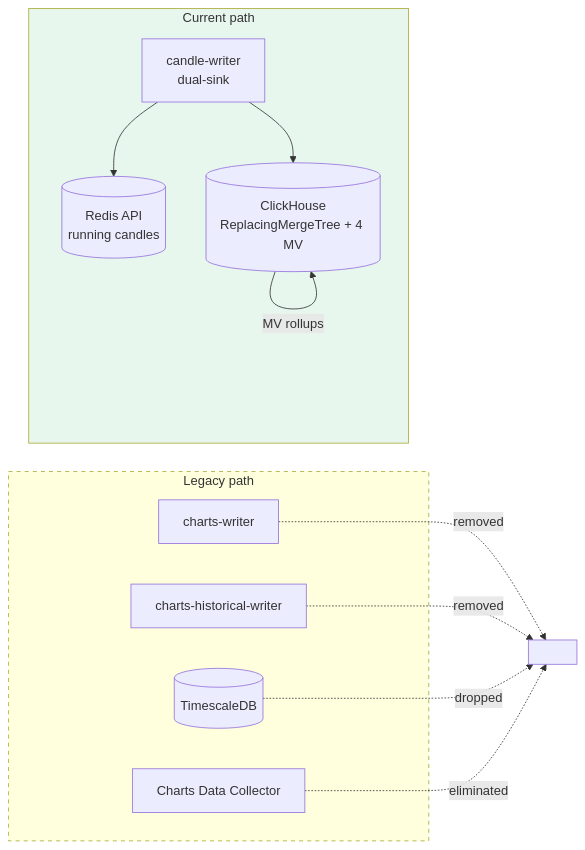
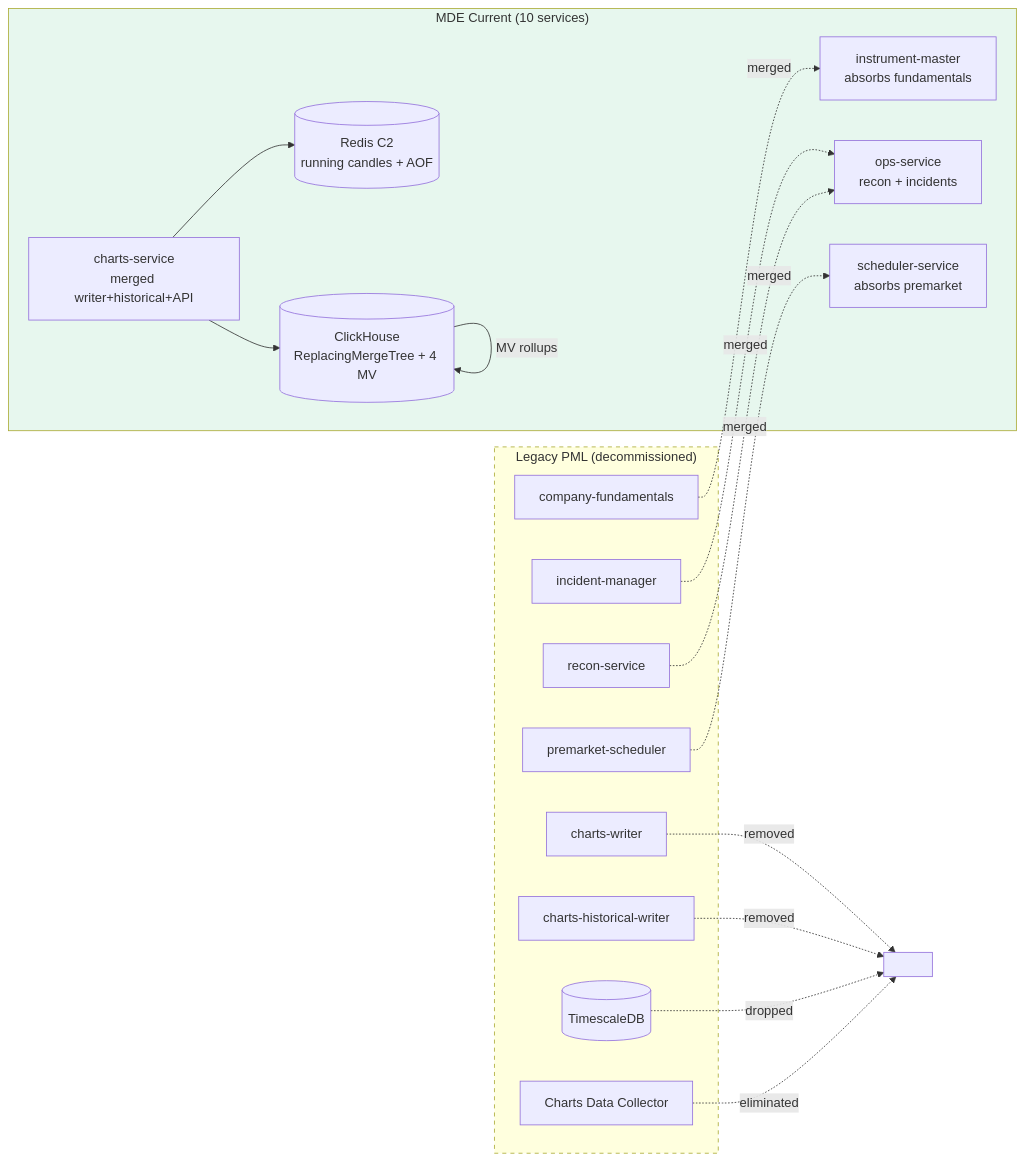
One commit to girishkumarm/mde-docs-preview changed the diagram in migration/overview.mdx. Above: the diagram before and after it, drawn with Mermaid. The commit also changed other lines of this file and 9 other files, not shown here.

````diff
--- a/migration/overview.mdx
+++ b/migration/overview.mdx
@@ -23,27 +12,38 @@
 ```mermaid
 flowchart LR
-  subgraph Legacy["Legacy path"]
+  subgraph Legacy["Legacy PML (decommissioned)"]
     cw1[charts-writer]
     chw1[charts-historical-writer]
     ts[(TimescaleDB)]
     cdc[Charts Data Collector]
+    cf[company-fundamentals]
+    im_old[incident-manager]
+    rs_old[recon-service]
+    ps_old[premarket-scheduler]
   end
 
-  subgraph V2["Current path"]
-    cw2[candle-writer<br/>dual-sink]
-    ra[(Redis API<br/>running candles)]
+  subgraph V2["MDE Current (10 services)"]
+    cs[charts-service<br/>merged writer+historical+API]
+    ra[(Redis C2<br/>running candles + AOF)]
     ch[(ClickHouse<br/>ReplacingMergeTree + 4 MV)]
+    im_new[instrument-master<br/>absorbs fundamentals]
+    ops[ops-service<br/>recon + incidents]
+    sched[scheduler-service<br/>absorbs premarket]
   end
 
   cw1 -.removed.-> X1[ ]
   chw1 -.removed.-> X1
   ts -.dropped.-> X1
   cdc -.eliminated.-> X1
+  cf -.merged.-> im_new
+  im_old -.merged.-> ops
+  rs_old -.merged.-> ops
+  ps_old -.merged.-> sched
 
-  cw2 --> ra
-  cw2 --> ch
+  cs --> ra
+  cs --> ch
   ch -- MV rollups --> ch
 
   style Legacy stroke-dasharray: 5 5
   style V2 fill:#e7f7ee
 ```
````
